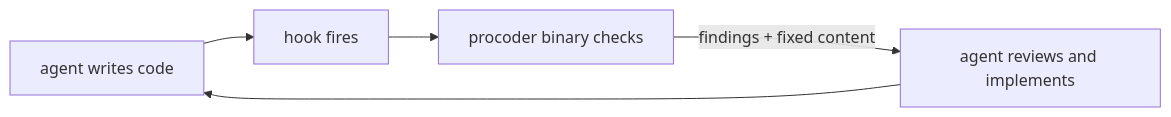
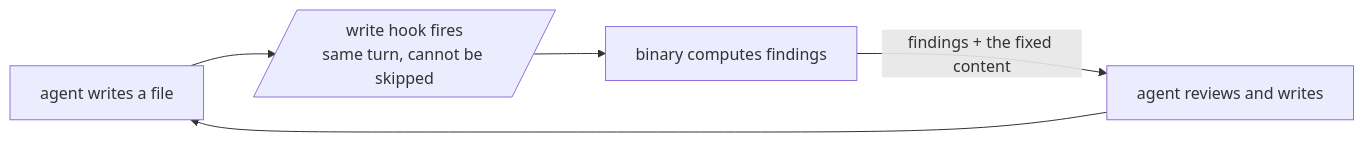
The diagram in docs/index.md (azrtydxb/procoder), drawn with Mermaid before and after one commit. The commit also changed 14 other files, not shown here.

````diff
--- a/docs/index.md
+++ b/docs/index.md
@@ -12,7 +12,7 @@
 ```mermaid
 flowchart LR
-    A[agent writes code] --> H[hook fires]
-    H --> B[procoder binary checks]
-    B -->|findings + fixed content| A2[agent reviews and implements]
-    A2 --> A
+    A[agent writes a file] --> H[/"write hook fires<br/>same turn, cannot be skipped"/]
+    H --> B[binary computes findings]
+    B -->|"findings + the fixed content"| R[agent reviews and writes]
+    R --> A
 ```
````
